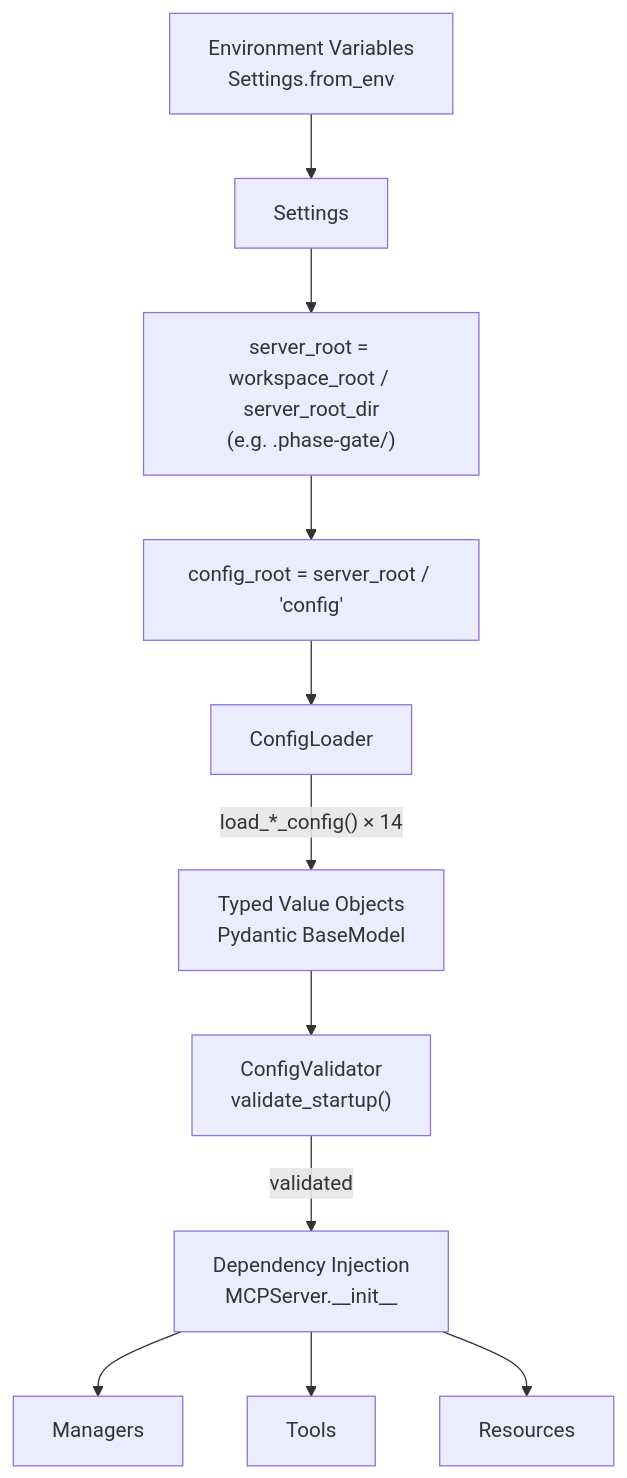
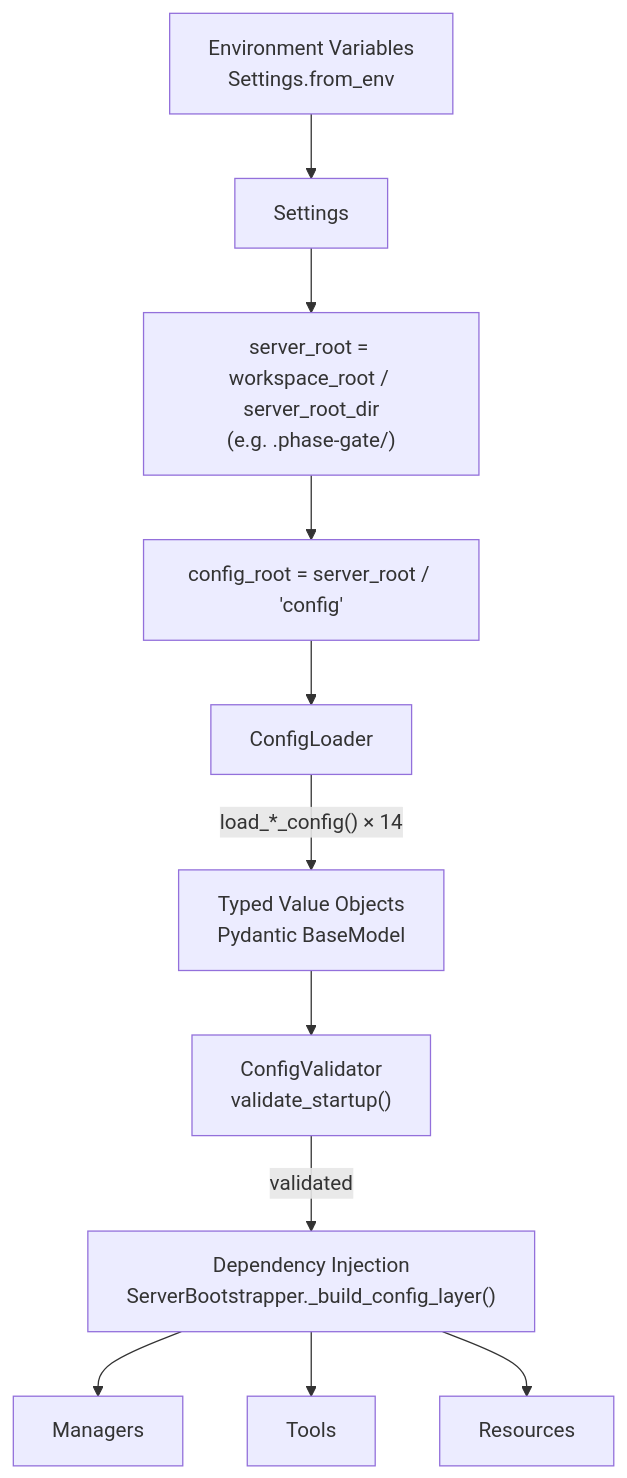
One commit to MikeyVK/phase-gate-mcp changed the first of 5 diagrams in docs/reference/mcp/config-loading-architecture.md. Above: the diagram before and after it, drawn with Mermaid. The commit also changed other lines of this file and 3 other files, not shown here.

First line of the commit message:
docs(P_DOCUMENTATION): Documentation for #285: align config-loading-architecture with ServerBootstrapper refactor

````diff
--- a/docs/reference/mcp/config-loading-architecture.md
+++ b/docs/reference/mcp/config-loading-architecture.md
@@ -21,13 +21,13 @@
 ```mermaid
 flowchart TD
     ENV["Environment Variables<br/>Settings.from_env"] --> S[Settings]
     S --> SR["server_root = workspace_root / server_root_dir<br/>(e.g. .phase-gate/)"] 
     SR --> CR["config_root = server_root / 'config'"]
     CR --> CL[ConfigLoader]
     CL --> |"load_*_config() × 14"| VO["Typed Value Objects<br/>Pydantic BaseModel"]
     VO --> CV["ConfigValidator<br/>validate_startup()"]
-    CV --> |validated| DI["Dependency Injection<br/>MCPServer.__init__"]
+    CV --> |validated| DI["Dependency Injection<br/>ServerBootstrapper._build_config_layer()"]
     DI --> MGR[Managers]
     DI --> TOOLS[Tools]
     DI --> RES[Resources]
 ```
````
